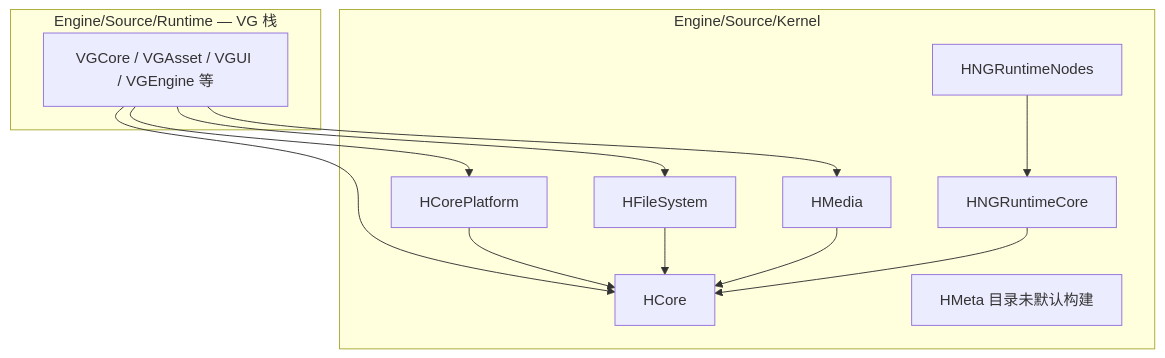
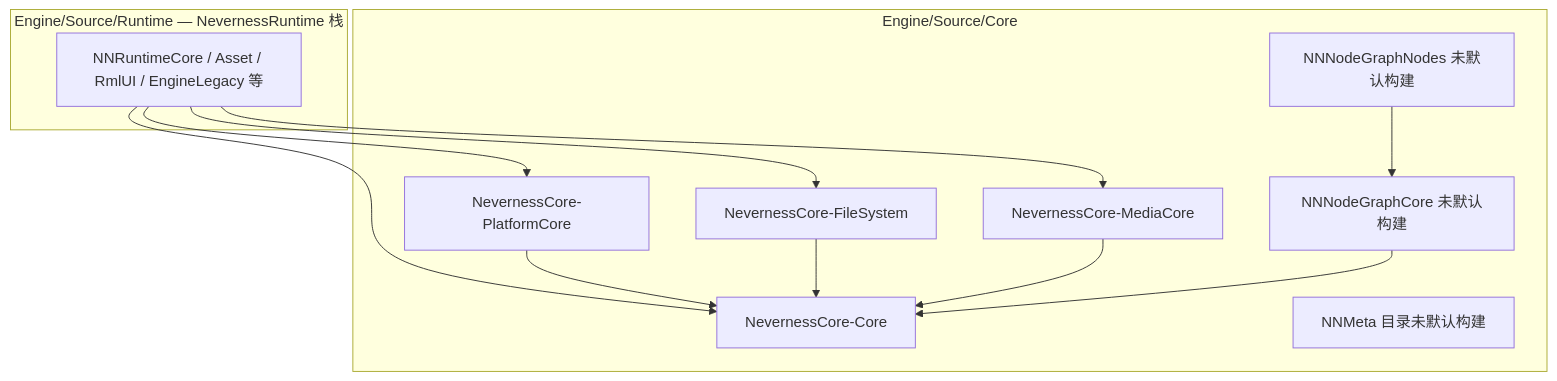
Before and after one commit to DarlingZeroX/Neverness: the diagram in Engine/Source/Core/KERNEL_ARCHITECTURE_AND_PROGRESS.md, drawn with Mermaid. The commit also changed other lines of this file and 1732 other files, not shown here.

````diff
--- a/Engine/Source/Core/KERNEL_ARCHITECTURE_AND_PROGRESS.md
+++ b/Engine/Source/Core/KERNEL_ARCHITECTURE_AND_PROGRESS.md
@@ -11,24 +22,24 @@
 ```mermaid
 flowchart TB
-  subgraph kernel [Engine/Source/Kernel]
-    HCore[HCore]
-    HCorePlatform[HCorePlatform]
-    HFileSystem[HFileSystem]
-    HNGRuntimeCore[HNGRuntimeCore]
-    HNGRuntimeNodes[HNGRuntimeNodes]
-    HMedia[HMedia]
-    HMeta_off[HMeta 目录未默认构建]
+  subgraph core [Engine/Source/Core]
+    NNCore[NevernessCore-Core]
+    NNPlatform[NevernessCore-PlatformCore]
+    NNFileSystem[NevernessCore-FileSystem]
+    NNMedia[NevernessCore-MediaCore]
+    NNNodeGraphCore[NNNodeGraphCore 未默认构建]
+    NNNodeGraphNodes[NNNodeGraphNodes 未默认构建]
+    NNMeta_off[NNMeta 目录未默认构建]
   end
-  subgraph runtime [Engine/Source/Runtime — VG 栈]
-    VGStack[VGCore / VGAsset / VGUI / VGEngine 等]
+  subgraph runtime [Engine/Source/Runtime — NevernessRuntime 栈]
+    RuntimeStack[NNRuntimeCore / Asset / RmlUI / EngineLegacy 等]
   end
-  HCorePlatform --> HCore
-  HFileSystem --> HCore
-  HNGRuntimeCore --> HCore
-  HNGRuntimeNodes --> HNGRuntimeCore
-  HMedia --> HCore
-  VGStack --> HCore
-  VGStack --> HCorePlatform
-  VGStack --> HFileSystem
-  VGStack --> HMedia
+  NNPlatform --> NNCore
+  NNFileSystem --> NNCore
+  NNMedia --> NNCore
+  NNNodeGraphCore --> NNCore
+  NNNodeGraphNodes --> NNNodeGraphCore
+  RuntimeStack --> NNCore
+  RuntimeStack --> NNPlatform
+  RuntimeStack --> NNFileSystem
+  RuntimeStack --> NNMedia
 ```
````
